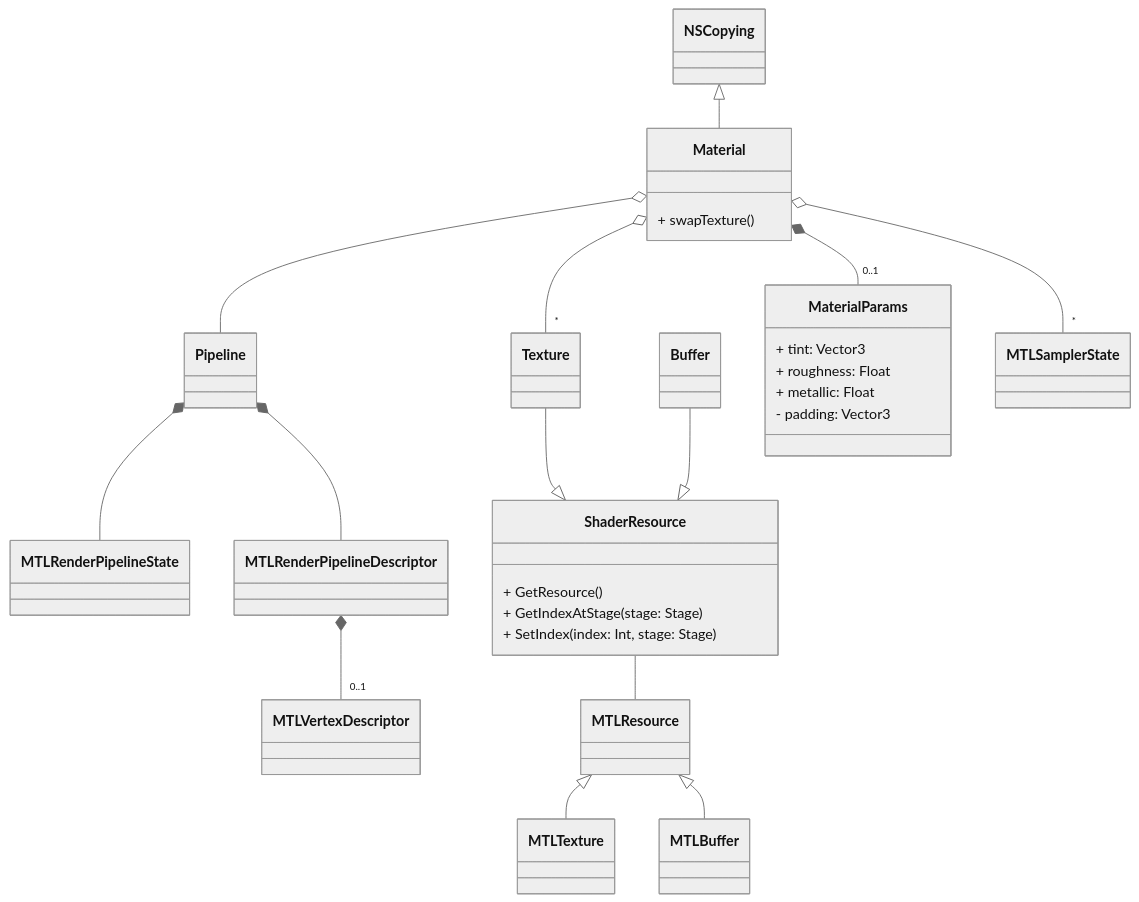
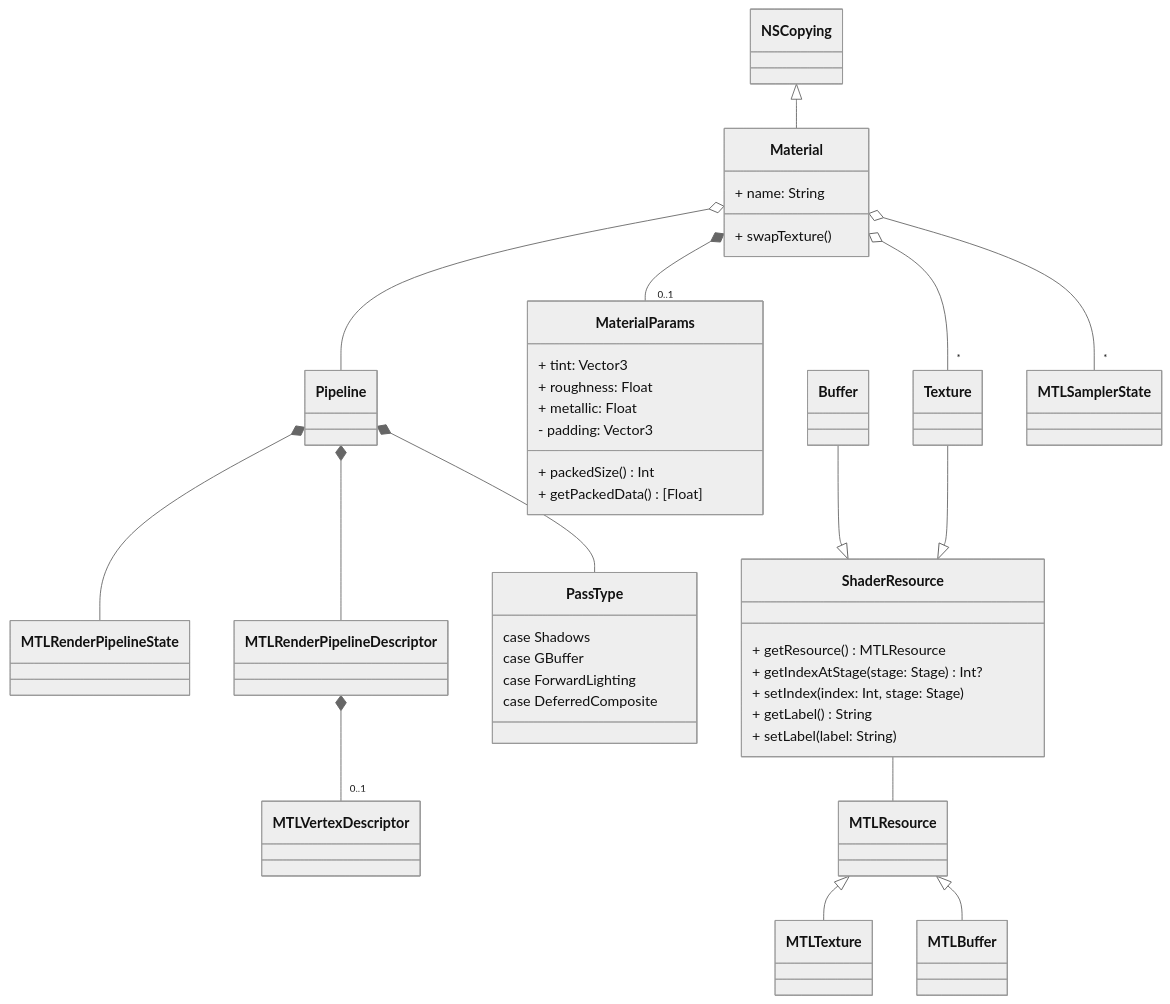
Before and after one commit to javiersalcedopuyo/Talos3D: the diagram in Docs/Material.md, drawn with Mermaid (neutral theme). The commit also changed 3 other files, not shown here.

````diff
--- a/Docs/Material.md
+++ b/Docs/Material.md
@@ -3,39 +3,52 @@
 ```mermaid
 classDiagram
 
 class Material{
+    + name: String
     + swapTexture()
 }
 
 NSCopying <|-- Material
 
 Pipeline *-- MTLRenderPipelineState
 Pipeline *-- MTLRenderPipelineDescriptor
 MTLRenderPipelineDescriptor *-- "0..1" MTLVertexDescriptor
 
 class ShaderResource{
-    + GetResource()
-    + GetIndexAtStage(stage: Stage)
-    + SetIndex(index: Int, stage: Stage)
+    + getResource() MTLResource
+    + getIndexAtStage(stage: Stage) Int?
+    + setIndex(index: Int, stage: Stage)
+    + getLabel() String
+    + setLabel(label: String)
 }
 
 ShaderResource -- MTLResource
+MTLResource <|-- MTLTexture
+MTLResource <|-- MTLBuffer
 
 Texture --|> ShaderResource
 Buffer --|> ShaderResource
 
 class MaterialParams{
     + tint: Vector3
     + roughness: Float
     + metallic: Float
+    + packedSize() Int
+    + getPackedData() [Float]
     - padding: Vector3
 }
 
 Material o-- Pipeline
 Material *-- "0..1" MaterialParams
 Material o--"*" Texture
 Material o--"*" MTLSamplerState
 
-MTLResource <|-- MTLTexture
-MTLResource <|-- MTLBuffer
+Pipeline *-- PassType
+
+class PassType{
+    case Shadows
+    case GBuffer
+    case ForwardLighting
+    case DeferredComposite
+}
 ```
````
